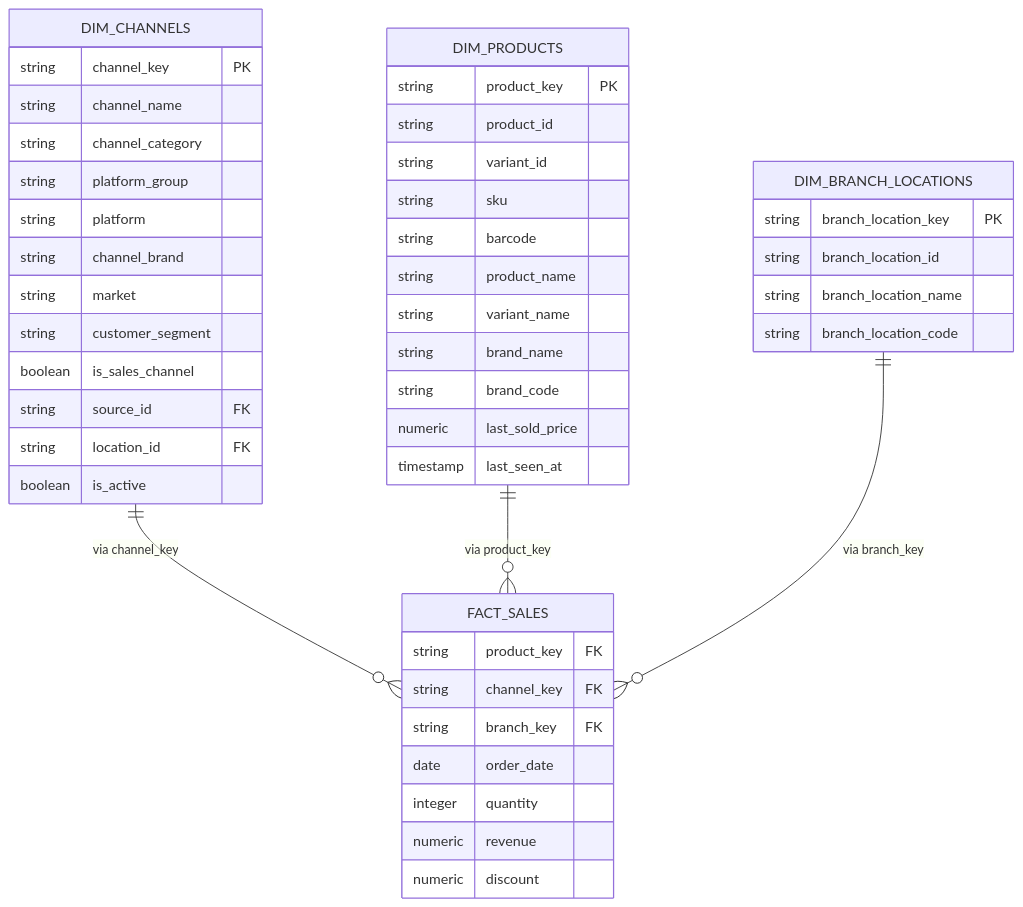
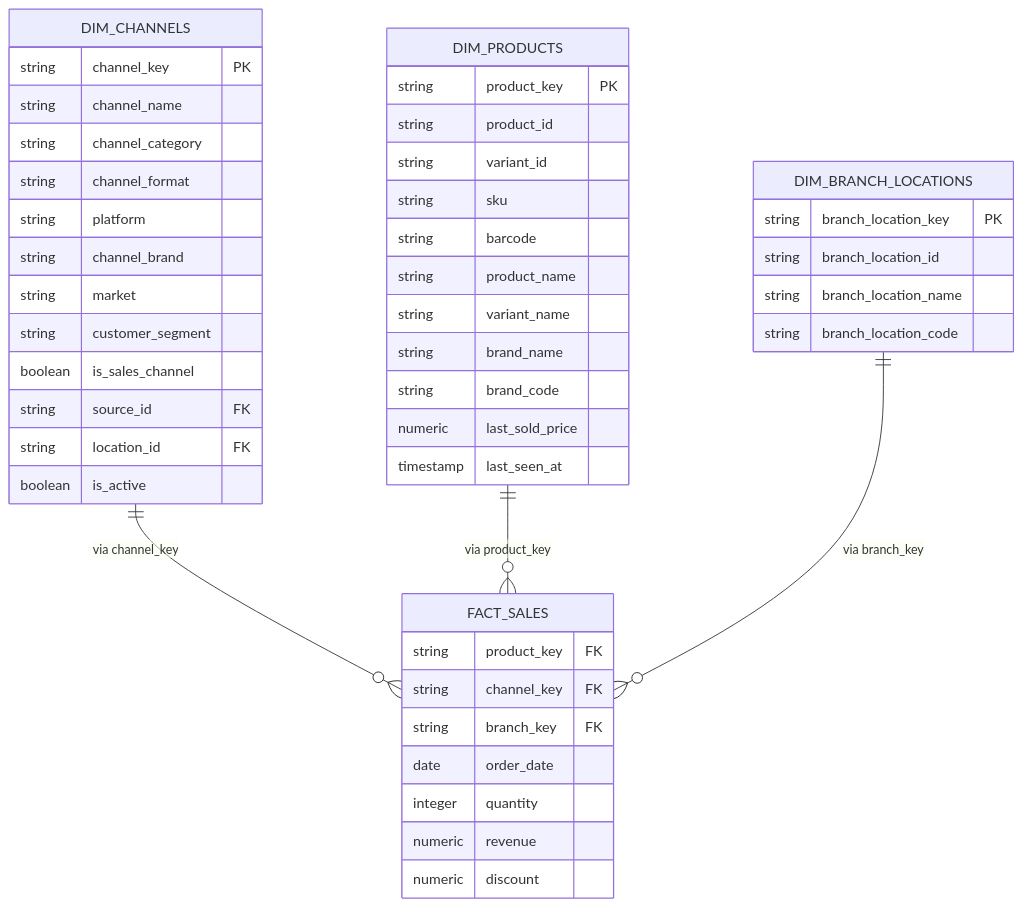
The third of 3 diagrams in docs/context/channel-classification.md (vantt/data-integration), drawn with Mermaid before and after one commit. The commit also changed other lines of this file and 24 other files, not shown here.

First line of the commit message:
docs(taxonomy): sync handbook/dictionaries/skills to channel_format + Online-Ecommerce

````diff
--- a/docs/context/channel-classification.md
+++ b/docs/context/channel-classification.md
@@ -328,52 +703,52 @@
 ```mermaid
 erDiagram
     DIM_CHANNELS {
         string channel_key PK
         string channel_name
         string channel_category
-        string platform_group
+        string channel_format
         string platform
         string channel_brand
         string market
         string customer_segment
         boolean is_sales_channel
         string source_id FK
         string location_id FK
         boolean is_active
     }
     
     DIM_PRODUCTS {
         string product_key PK
         string product_id
         string variant_id
         string sku
         string barcode
         string product_name
         string variant_name
         string brand_name
         string brand_code
         numeric last_sold_price
         timestamp last_seen_at
     }
     
     DIM_BRANCH_LOCATIONS {
         string branch_location_key PK
         string branch_location_id
         string branch_location_name
         string branch_location_code
     }
     
     FACT_SALES {
         string product_key FK
         string channel_key FK
         string branch_key FK
         date order_date
         integer quantity
         numeric revenue
         numeric discount
     }
     
     DIM_CHANNELS ||--o{ FACT_SALES : "via channel_key"
     DIM_PRODUCTS ||--o{ FACT_SALES : "via product_key"
     DIM_BRANCH_LOCATIONS ||--o{ FACT_SALES : "via branch_key"
 ```
````
